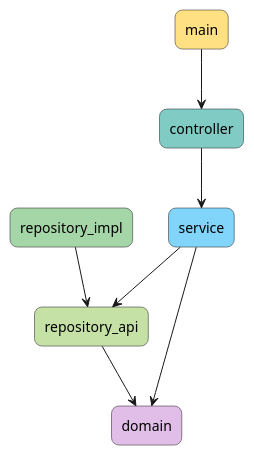
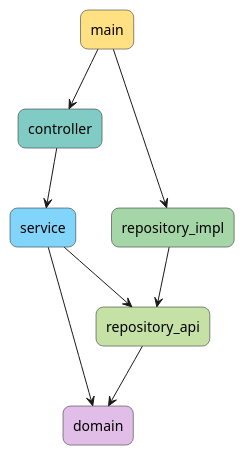
One commit to fistach/java-cli-application-clean-architecture-archetype changed the diagram in logical-dependencies.puml. Above: the diagram before and after it, drawn with PlantUML. The commit also changed 1 other file, not shown here.

Commit message:
update dependency graph

```diff
--- a/logical-dependencies.puml
+++ b/logical-dependencies.puml
@@ -1,20 +1,21 @@
 @startuml
 
 skinparam componentStyle rectangle
 skinparam roundcorner 15
 
 component "main" #FFE082
 component "controller" #80CBC4
 component "service" #81D4FA
 component "repository_api" #C5E1A5
 component "repository_impl" #A5D6A7
 component "domain" #E1BEE7
 
 main --> controller
 controller --> service
 service --> repository_api
 service --> domain
 repository_impl --> repository_api
 repository_api --> domain
+main --> repository_impl
 
 @enduml
```
